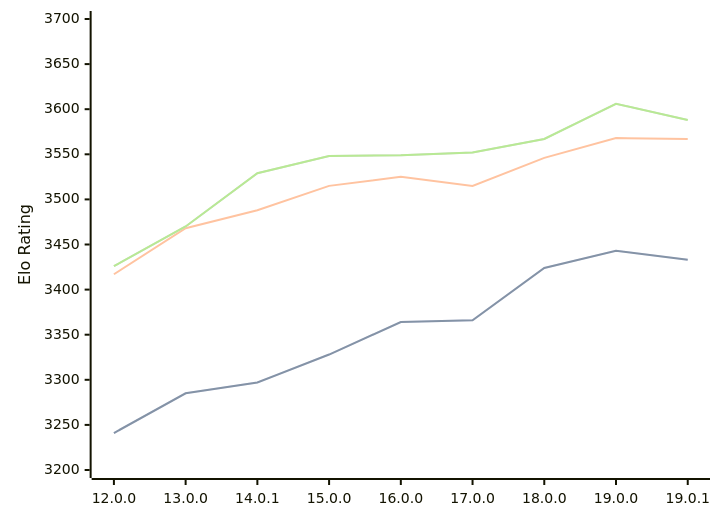
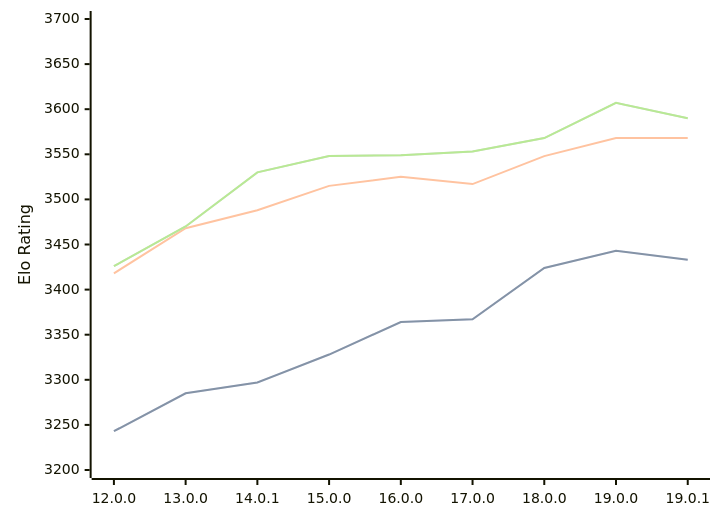
Before and after one commit to computer-chess-index/cci: the diagram in engines/Viridithas.md, drawn with Mermaid. The commit also changed other lines of this file, not shown here.

Commit message:
Update CCI Ratings (ELO VLTC) - 2026-02-17

````diff
--- a/engines/Viridithas.md
+++ b/engines/Viridithas.md
@@ -60,11 +60,11 @@
 ```mermaid
 %%{init: {"theme":"base","themeVariables":{"seriesColors:['#a3a3a3','#222221','#faa371']}}}%%
 xychart-beta
   x-axis ["12.0.0", "13.0.0", "14.0.1", "15.0.0", "16.0.0", "17.0.0", "18.0.0", "19.0.0", "19.0.1"]
   y-axis "Elo Rating" 3200 --> 3700
-  line "STC (8.0+0.08s)" [3241, 3285, 3297, 3328, 3364, 3366, 3424, 3443, 3433]
-  line "STC (8.0+0.08s)" [3241, 3285, 3297, 3328, 3364, 3366, 3424, 3443, 3433]
-  line "LTC (60.0+0.60s)" [3417, 3468, 3488, 3515, 3525, 3515, 3546, 3568, 3567]
-  line "VLTC (2m24s+1.12s)" [3426, 3470, 3529, 3548, 3549, 3552, 3567, 3606, 3588]
-  line "VLTC (2m24s+1.12s)" [3426, 3470, 3529, 3548, 3549, 3552, 3567, 3606, 3588]
+  line "STC (8.0+0.08s)" [3243, 3285, 3297, 3328, 3364, 3367, 3424, 3443, 3433]
+  line "STC (8.0+0.08s)" [3243, 3285, 3297, 3328, 3364, 3367, 3424, 3443, 3433]
+  line "LTC (60.0+0.60s)" [3418, 3468, 3488, 3515, 3525, 3517, 3548, 3568, 3568]
+  line "VLTC (2m24s+1.12s)" [3426, 3470, 3530, 3548, 3549, 3553, 3568, 3607, 3590]
+  line "VLTC (2m24s+1.12s)" [3426, 3470, 3530, 3548, 3549, 3553, 3568, 3607, 3590]
 ```
````
